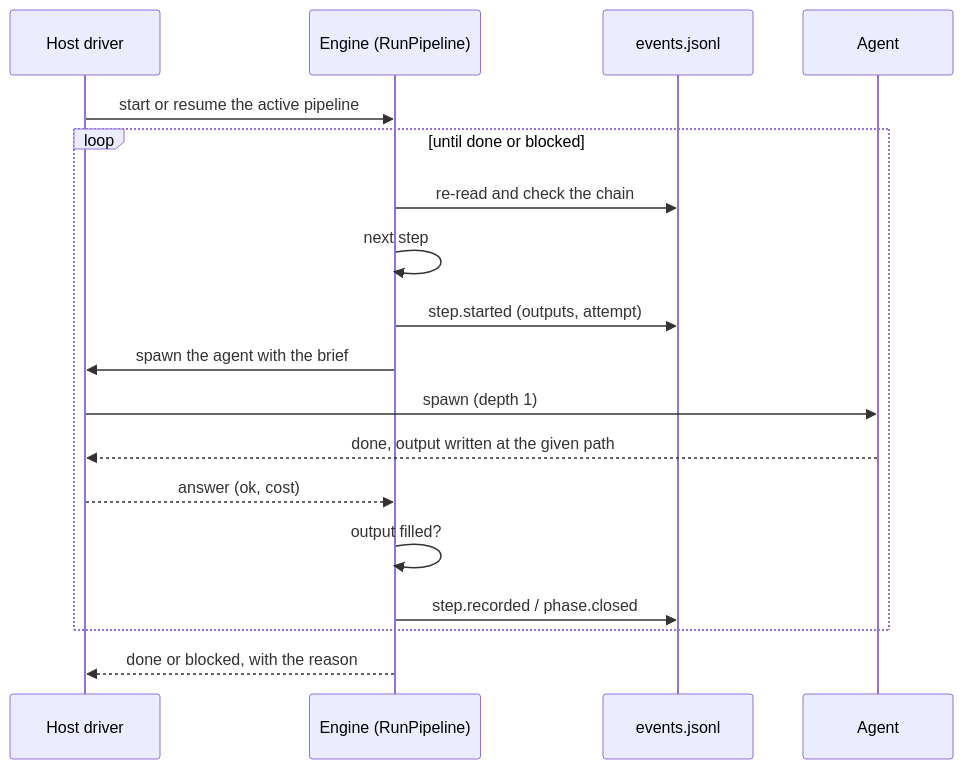
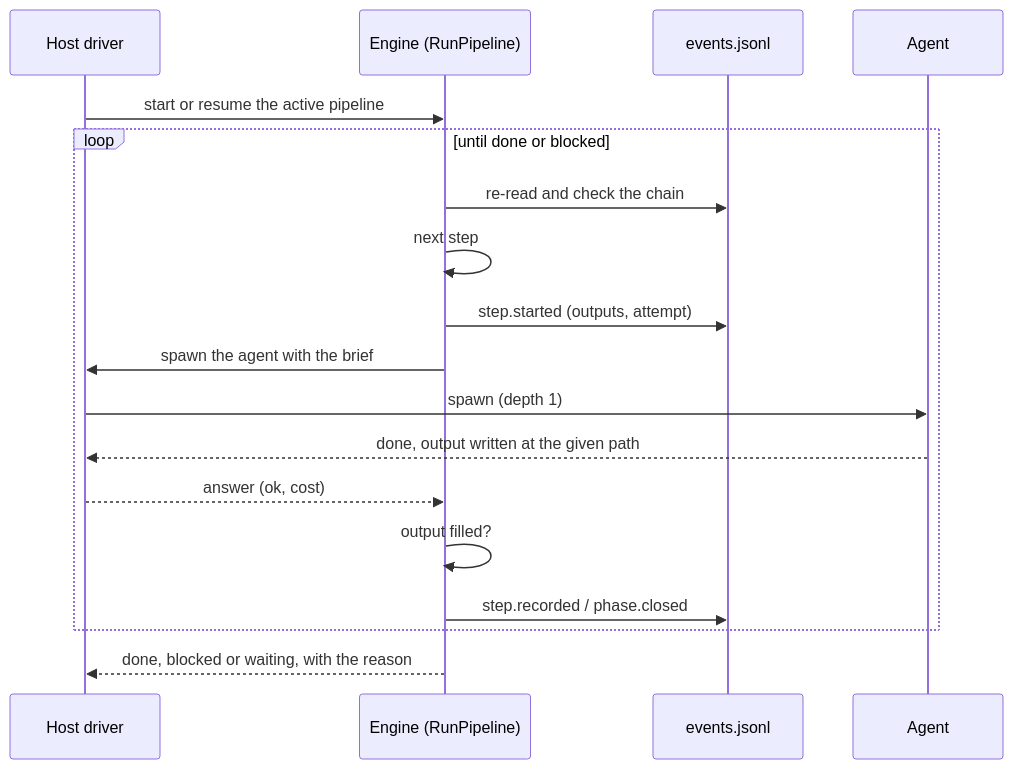
The diagram in docs/site/en/explanation/architecture.md (SebastienDegodez/skraft-plugin), drawn with Mermaid before and after one commit. The commit also changed other lines of this file and 17 other files, not shown here.

````diff
--- a/docs/site/en/explanation/architecture.md
+++ b/docs/site/en/explanation/architecture.md
@@ -76,20 +83,20 @@
 ```mermaid
 sequenceDiagram
     participant P as Host driver
     participant M as Engine (RunPipeline)
     participant J as events.jsonl
     participant A as Agent
     P->>M: start or resume the active pipeline
     loop until done or blocked
         M->>J: re-read and check the chain
         M->>M: next step
         M->>J: step.started (outputs, attempt)
         M->>P: spawn the agent with the brief
         P->>A: spawn (depth 1)
         A-->>P: done, output written at the given path
         P-->>M: answer (ok, cost)
         M->>M: output filled?
         M->>J: step.recorded / phase.closed
     end
-    M-->>P: done or blocked, with the reason
+    M-->>P: done, blocked or waiting, with the reason
 ```
````
